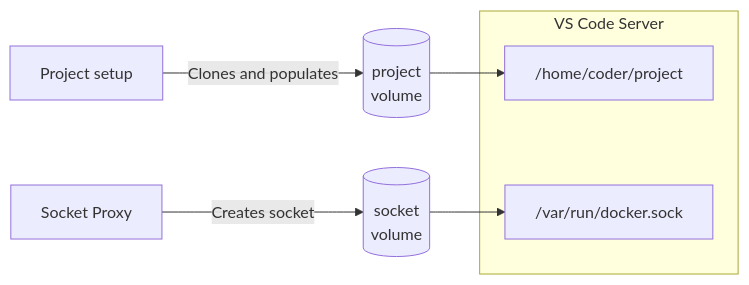
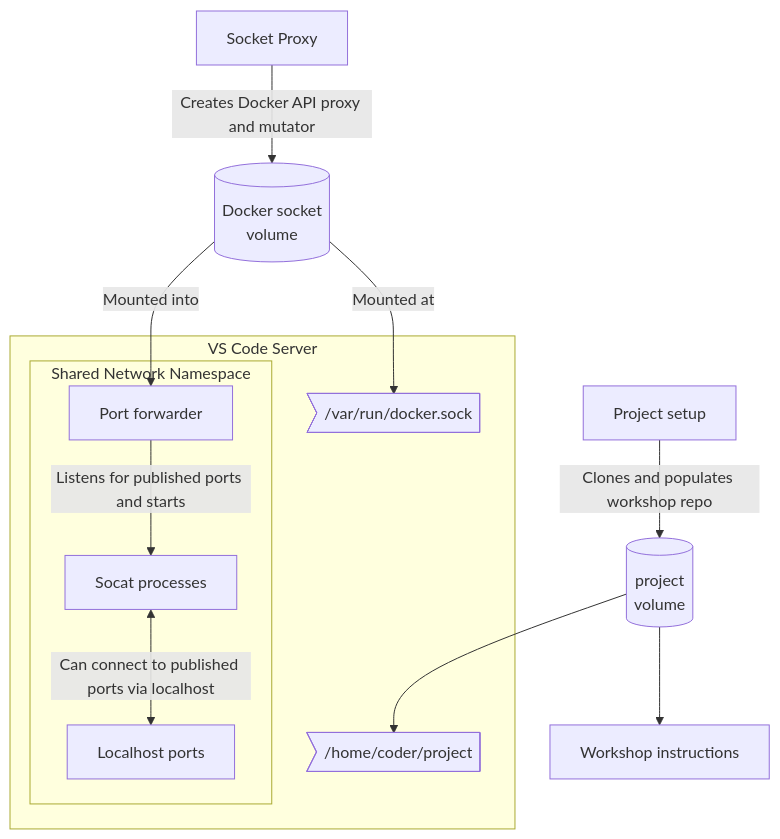
One commit to mikesir87/workshop-poc changed the diagram in README.md. Above: the diagram before and after it, drawn with Mermaid. The commit also changed other lines of this file, not shown here.

Commit message:
README updates

````diff
--- a/README.md
+++ b/README.md
@@ -11,13 +11,26 @@
 ```mermaid
-flowchart LR
+flowchart TD
     subgraph VS Code Server
-        project["/home/coder/project"]
-        socket["/var/run/docker.sock"]
+        project@{ shape: odd, label: "/home/coder/project" }
+        socket@{ shape: odd, label: "/var/run/docker.sock" }
+        localhostPorts[Localhost ports]
+
+        subgraph Shared Network Namespace
+            localhostPorts["Localhost ports"]
+            socat["Socat processes"]
+            Forwarder[Port forwarder]
+        end
     end
 
-    Setup[Project setup] -->|Clones and populates| Volume@{ shape: cyl, label: "project\nvolume" }
+    Setup[Project setup] -->|Clones and populates workshop repo| Volume@{ shape: cyl, label: "project\nvolume" }
     Volume --> project
 
-    ProxyContainer[Socket Proxy] -->|Creates socket| SocketVolume@{ shape: cyl, label: "socket\nvolume" }
-    SocketVolume --> socket
+    Volume --> Instructions[Workshop instructions]
+
+    SocketVolume -->|Mounted into| Forwarder
+    Forwarder -->|Listens for published ports and starts|socat
+    socat <--> |Can connect to published ports via localhost| localhostPorts
+
+    ProxyContainer[Socket Proxy] -->|Creates Docker API proxy and mutator| SocketVolume@{ shape: cyl, label: "Docker socket\nvolume" }
+    SocketVolume -->|Mounted at| socket
 ```
````
